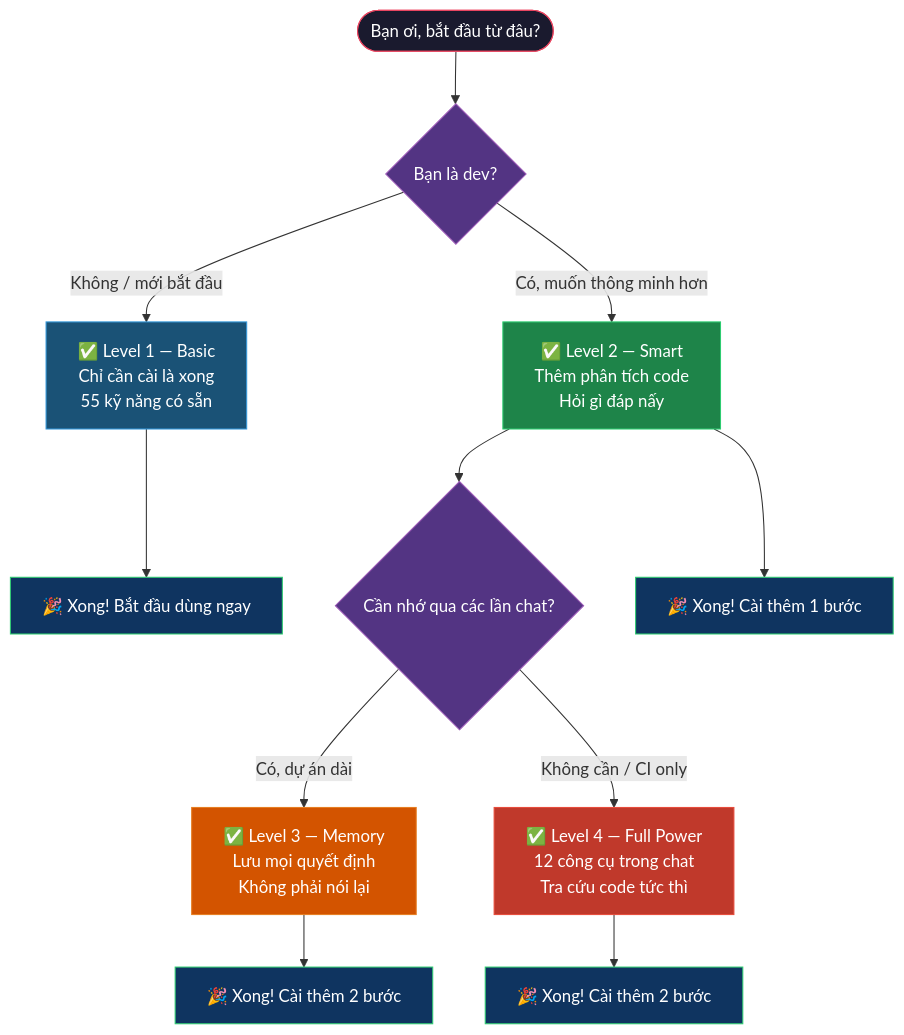
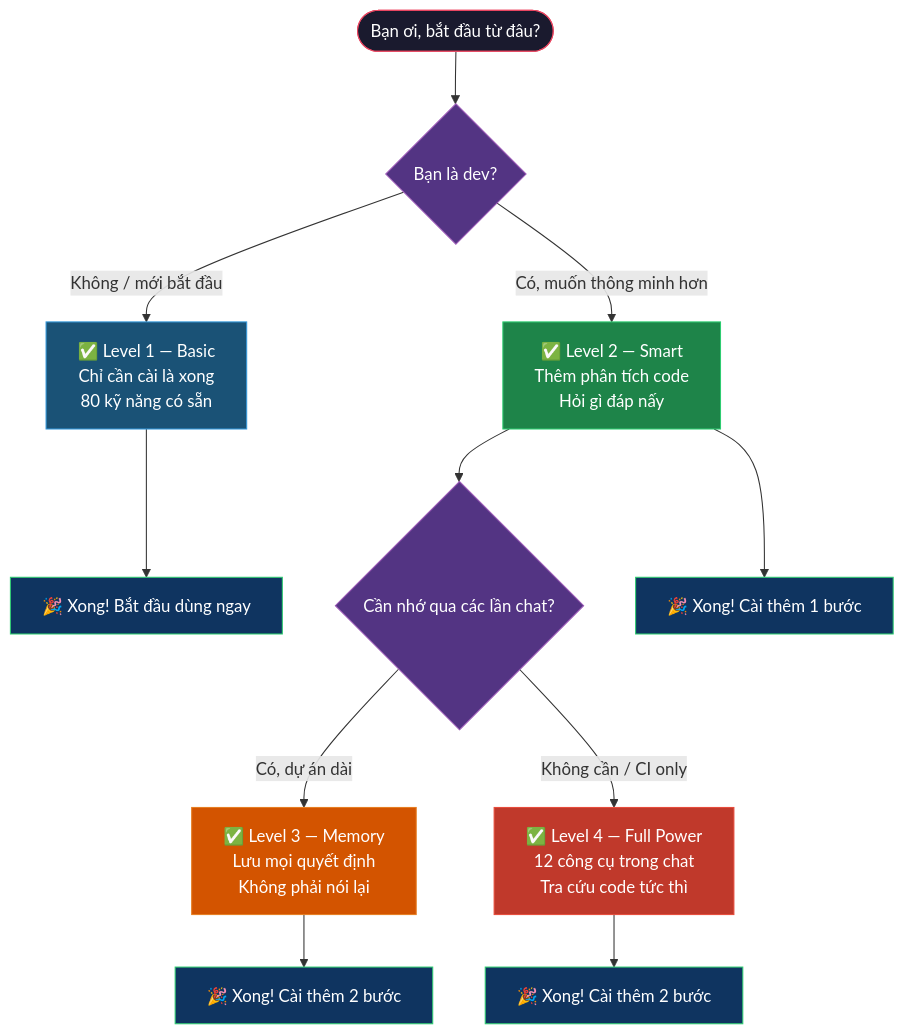
Before and after one commit to buiphucminhtam/forgewright: the second of 15 diagrams in README.vi.md, drawn with Mermaid. The commit also changed other lines of this file and 10 other files, not shown here.

Commit message:
feat(memory): update READMEs to v8.7.0 with Harness Engineering and SQLite L2 Graph Memory (FluxMem) integration

````diff
--- a/README.vi.md
+++ b/README.vi.md
@@ -99,29 +118,29 @@
 ```mermaid
 flowchart TD
     START(["Bạn ơi, bắt đầu từ đâu?"])
 
     START --> Q1{"Bạn là dev?"}
-    Q1 --> |"Không / mới bắt đầu"| EASY["✅ Level 1 — Basic<br/>Chỉ cần cài là xong<br/>55 kỹ năng có sẵn"]
+    Q1 --> |"Không / mới bắt đầu"| EASY["✅ Level 1 — Basic<br/>Chỉ cần cài là xong<br/>80 kỹ năng có sẵn"]
     Q1 --> |"Có, muốn thông minh hơn"| SMART["✅ Level 2 — Smart<br/>Thêm phân tích code<br/>Hỏi gì đáp nấy"]
 
     SMART --> Q2{"Cần nhớ qua các lần chat?"}
     Q2 --> |"Có, dự án dài"| MEM["✅ Level 3 — Memory<br/>Lưu mọi quyết định<br/>Không phải nói lại"]
     Q2 --> |"Không cần / CI only"| MCP["✅ Level 4 — Full Power<br/>12 công cụ trong chat<br/>Tra cứu code tức thì"]
 
     EASY --> DONE1["🎉 Xong! Bắt đầu dùng ngay"]
     SMART --> DONE2["🎉 Xong! Cài thêm 1 bước"]
     MEM --> DONE3["🎉 Xong! Cài thêm 2 bước"]
     MCP --> DONE4["🎉 Xong! Cài thêm 2 bước"]
 
     style START fill:#1a1a2e,stroke:#e94560,color:#fff
     style EASY fill:#1a5276,stroke:#3498db,color:#fff
     style SMART fill:#1e8449,stroke:#2ecc71,color:#fff
     style MEM fill:#d35400,stroke:#e67e22,color:#fff
     style MCP fill:#c0392b,stroke:#e74c3c,color:#fff
     style DONE1 fill:#0f3460,stroke:#2ecc71,color:#fff
     style DONE2 fill:#0f3460,stroke:#2ecc71,color:#fff
     style DONE3 fill:#0f3460,stroke:#2ecc71,color:#fff
     style DONE4 fill:#0f3460,stroke:#2ecc71,color:#fff
     style Q1 fill:#533483,stroke:#9b59b6,color:#fff
     style Q2 fill:#533483,stroke:#9b59b6,color:#fff
 ```
````
